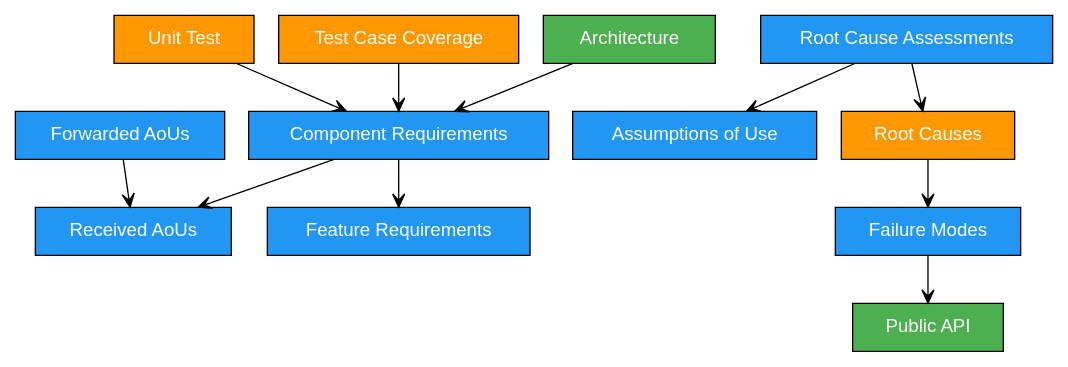
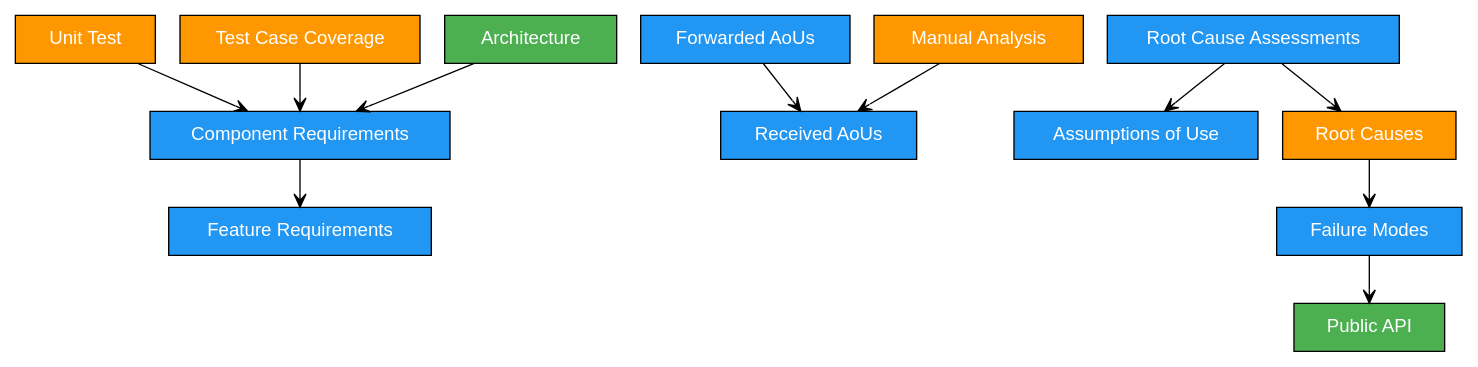
The diagram in bazel/rules/rules_score/docs/overview.rst (eclipse-score/tooling), drawn with Graphviz before and after one commit. The commit also changed 36 other files, not shown here.

Commit message:
[bazel rule] integrate manual analysis into dependable_element

```diff
--- a/bazel/rules/rules_score/docs/overview.rst
+++ b/bazel/rules/rules_score/docs/overview.rst
@@ -184,30 +184,31 @@
 .. graphviz::
 
    digraph tracing_policy {
       rankdir=TB;
       node [shape=box, style=filled, fontname="Helvetica", margin="0.3,0.1"];
       edge [arrowhead=open];
 
       "Feature Requirements" [fillcolor="#2196F3", fontcolor="white"];
       "Received AoUs" [fillcolor="#2196F3", fontcolor="white"];
       "Forwarded AoUs" [fillcolor="#2196F3", fontcolor="white"];
       "Component Requirements" [fillcolor="#2196F3", fontcolor="white"];
       "Unit Test" [fillcolor="#FF9800", fontcolor="white"];
+      "Manual Analysis" [fillcolor="#FF9800", fontcolor="white"];
       "Test Case Coverage" [fillcolor="#FF9800", fontcolor="white"];
       "Architecture" [fillcolor="#4CAF50", fontcolor="white"];
       "Public API" [fillcolor="#4CAF50", fontcolor="white"];
       "Failure Modes" [fillcolor="#2196F3", fontcolor="white"];
       "Assumptions of Use" [fillcolor="#2196F3", fontcolor="white"];
       "Root Causes" [fillcolor="#FF9800", fontcolor="white"];
       "Root Cause Assessments" [fillcolor="#2196F3", fontcolor="white"];
       "Forwarded AoUs" -> "Received AoUs";
       "Component Requirements" -> "Feature Requirements";
-      "Component Requirements" -> "Received AoUs";
+      "Manual Analysis" -> "Received AoUs";
       "Unit Test" -> "Component Requirements";
       "Test Case Coverage" -> "Component Requirements";
       "Architecture" -> "Component Requirements";
       "Failure Modes" -> "Public API";
       "Root Causes" -> "Failure Modes";
       "Root Cause Assessments" -> "Root Causes";
       "Root Cause Assessments" -> "Assumptions of Use";
    }
```
